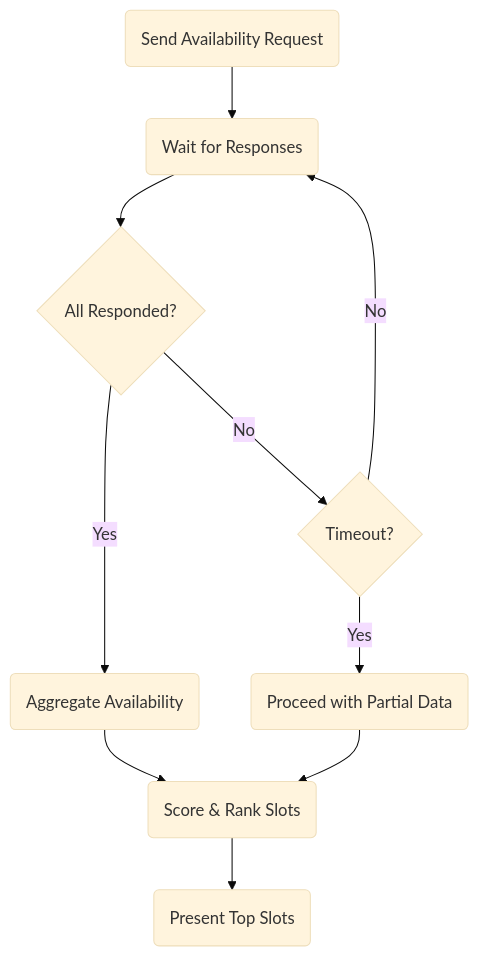
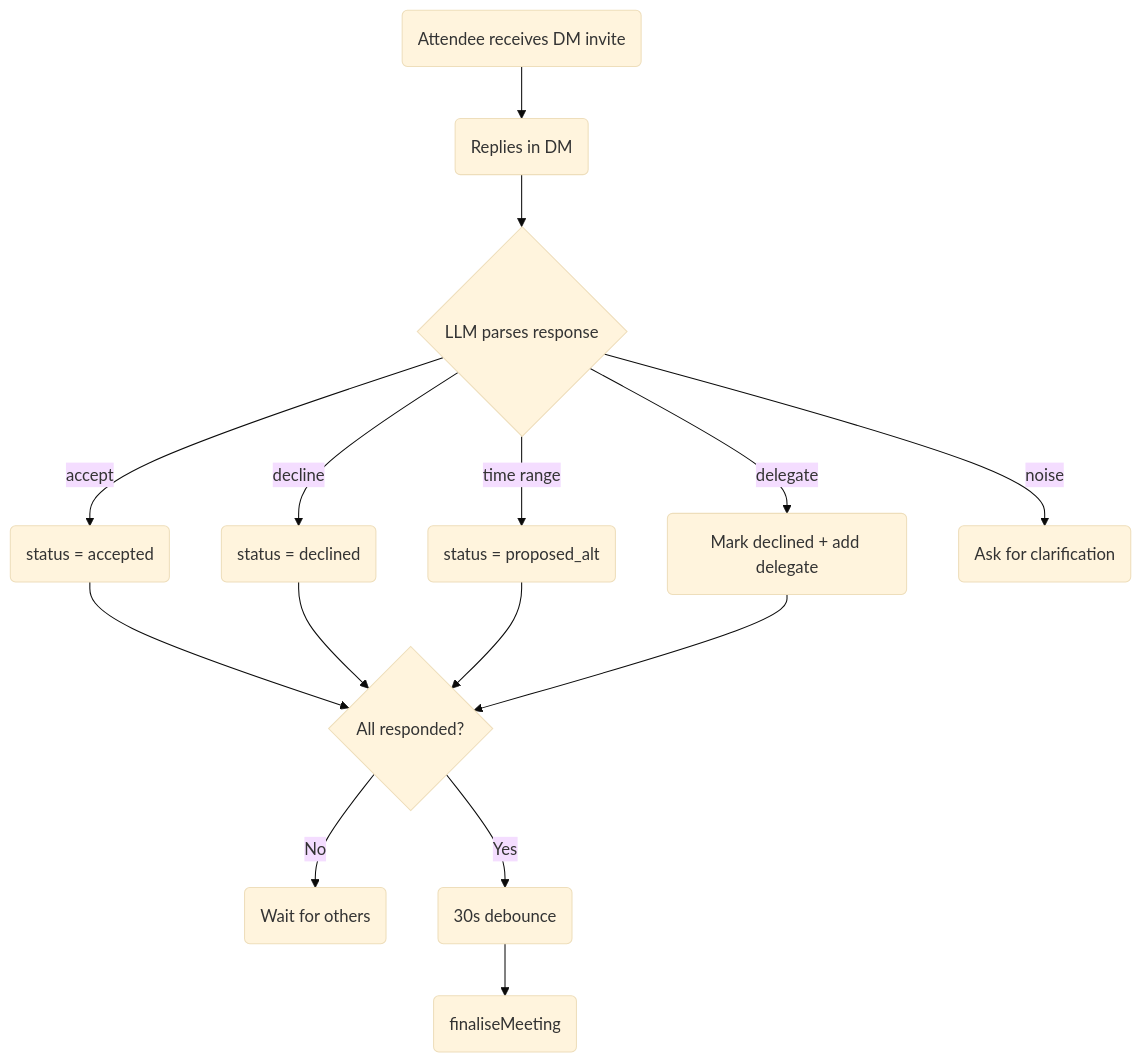
Before and after one commit to javana3/claw_meeting_all: the fifth of 7 diagrams in README.md, drawn with Mermaid (base theme). The commit also changed other lines of this file and 4 other files, not shown here.

````diff
--- a/README.md
+++ b/README.md
@@ -95,12 +133,19 @@
 ```mermaid
 graph TD
-    A(Send Availability Request) --> B(Wait for Responses)
-    B --> C{All Responded?}
-    C -->|Yes| D(Aggregate Availability)
-    C -->|No| E{Timeout?}
-    E -->|No| B
-    E -->|Yes| F(Proceed with Partial Data)
-    D --> G(Score & Rank Slots)
-    F --> G
-    G --> H(Present Top Slots)
+    A(Attendee receives DM invite) --> B(Replies in DM)
+    B --> C{LLM parses response}
+    C -->|accept| D(status = accepted)
+    C -->|decline| E(status = declined)
+    C -->|time range| F(status = proposed_alt)
+    C -->|delegate| G(Mark declined + add delegate)
+    C -->|noise| H(Ask for clarification)
+
+    D --> I{All responded?}
+    E --> I
+    F --> I
+    G --> I
+
+    I -->|No| J(Wait for others)
+    I -->|Yes| K(30s debounce)
+    K --> L(finaliseMeeting)
 ```
````
